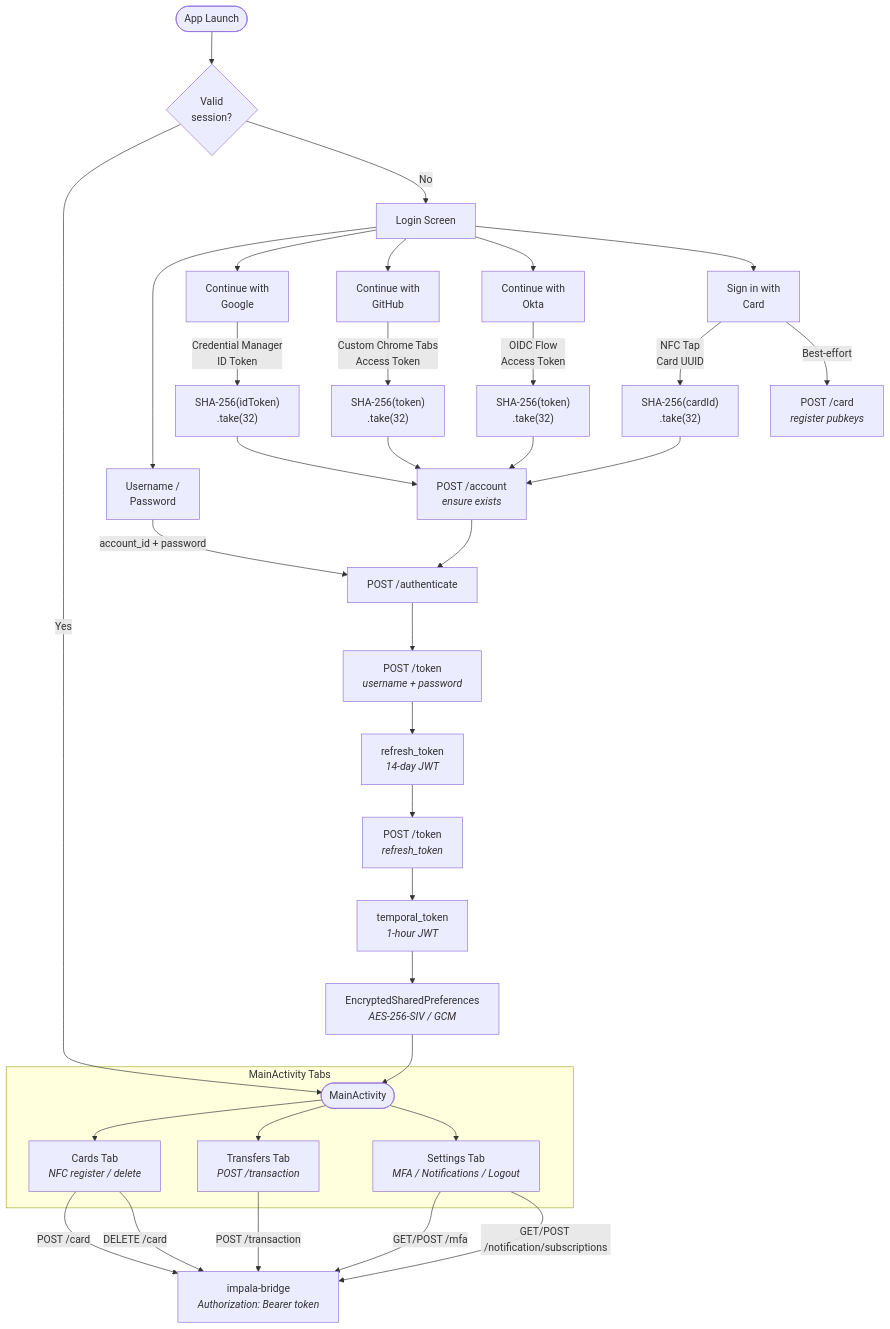
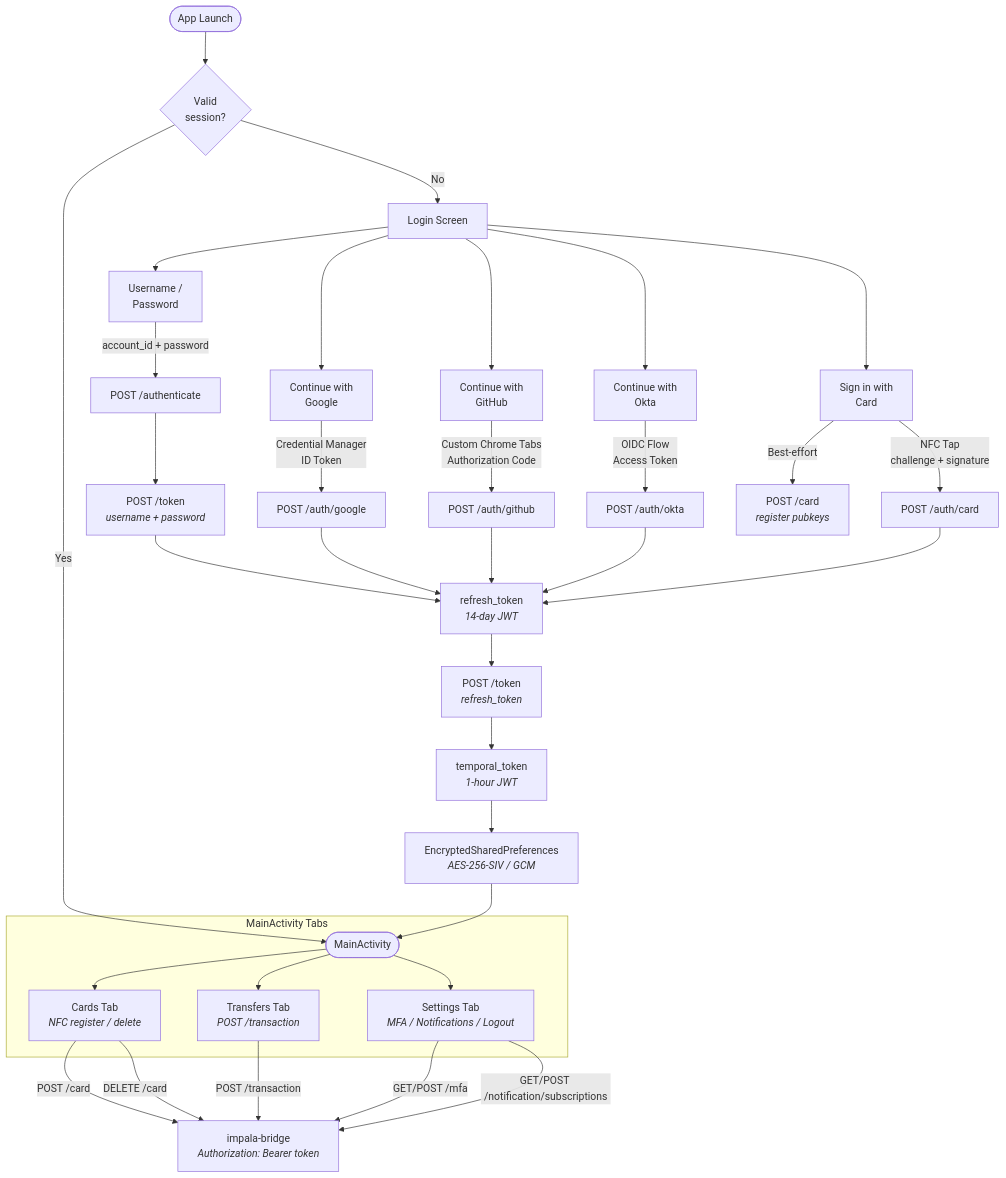
Before and after one commit to Financial-Empowerment-Partners/impala: the fifth of 14 diagrams in ARCHITECTURE.md, drawn with Mermaid. The commit also changed other lines of this file and 11 other files, not shown here.

````diff
--- a/ARCHITECTURE.md
+++ b/ARCHITECTURE.md
@@ -491,47 +491,45 @@
 ```mermaid
 flowchart TB
     Start(["App Launch"]) --> SessionCheck{"Valid<br/>session?"}
     SessionCheck -->|Yes| Main(["MainActivity"])
     SessionCheck -->|No| Login["Login Screen"]
 
     Login --> PW["Username /<br/>Password"]
     Login --> Google["Continue with<br/>Google"]
     Login --> GitHub["Continue with<br/>GitHub"]
     Login --> Okta["Continue with<br/>Okta"]
     Login --> CardAuth["Sign in with<br/>Card"]
 
-    PW -->|"account_id + password"| AuthFlow
-    Google -->|"Credential Manager<br/>ID Token"| DeriveG["SHA-256(idToken)<br/>.take(32)"]
-    GitHub -->|"Custom Chrome Tabs<br/>Access Token"| DeriveH["SHA-256(token)<br/>.take(32)"]
-    Okta -->|"OIDC Flow<br/>Access Token"| DeriveO["SHA-256(token)<br/>.take(32)"]
-    CardAuth -->|"NFC Tap<br/>Card UUID"| DeriveC["SHA-256(cardId)<br/>.take(32)"]
+    PW -->|"account_id + password"| AuthFlow["POST /authenticate"]
+    Google -->|"Credential Manager<br/>ID Token"| ExchG["POST /auth/google"]
+    GitHub -->|"Custom Chrome Tabs<br/>Authorization Code"| ExchH["POST /auth/github"]
+    Okta -->|"OIDC Flow<br/>Access Token"| ExchO["POST /auth/okta"]
+    CardAuth -->|"NFC Tap<br/>challenge + signature"| ExchC["POST /auth/card"]
 
-    DeriveG --> EnsureAcct["POST /account<br/><i>ensure exists</i>"]
-    DeriveH --> EnsureAcct
-    DeriveO --> EnsureAcct
-    DeriveC --> EnsureAcct
-    EnsureAcct --> AuthFlow
-
-    AuthFlow["POST /authenticate"] --> TokenFlow["POST /token<br/><i>username + password</i>"]
+    AuthFlow --> TokenFlow["POST /token<br/><i>username + password</i>"]
     TokenFlow --> RefreshTok["refresh_token<br/><i>14-day JWT</i>"]
+    ExchG --> RefreshTok
+    ExchH --> RefreshTok
+    ExchO --> RefreshTok
+    ExchC --> RefreshTok
     RefreshTok --> TemporalFlow["POST /token<br/><i>refresh_token</i>"]
     TemporalFlow --> TemporalTok["temporal_token<br/><i>1-hour JWT</i>"]
     TemporalTok --> Store["EncryptedSharedPreferences<br/><i>AES-256-SIV / GCM</i>"]
     Store --> Main
 
     CardAuth -->|"Best-effort"| RegCard["POST /card<br/><i>register pubkeys</i>"]
 
     subgraph MainApp["MainActivity Tabs"]
         Main --> Cards["Cards Tab<br/><i>NFC register / delete</i>"]
         Main --> Transfers["Transfers Tab<br/><i>POST /transaction</i>"]
         Main --> Settings["Settings Tab<br/><i>MFA / Notifications / Logout</i>"]
     end
 
     Cards -->|"POST /card"| BridgeAPI
     Cards -->|"DELETE /card"| BridgeAPI
     Transfers -->|"POST /transaction"| BridgeAPI
     Settings -->|"GET/POST /mfa"| BridgeAPI
     Settings -->|"GET/POST /notification/subscriptions"| BridgeAPI
 
     BridgeAPI["impala-bridge<br/><i>Authorization: Bearer token</i>"]
 ```
````
